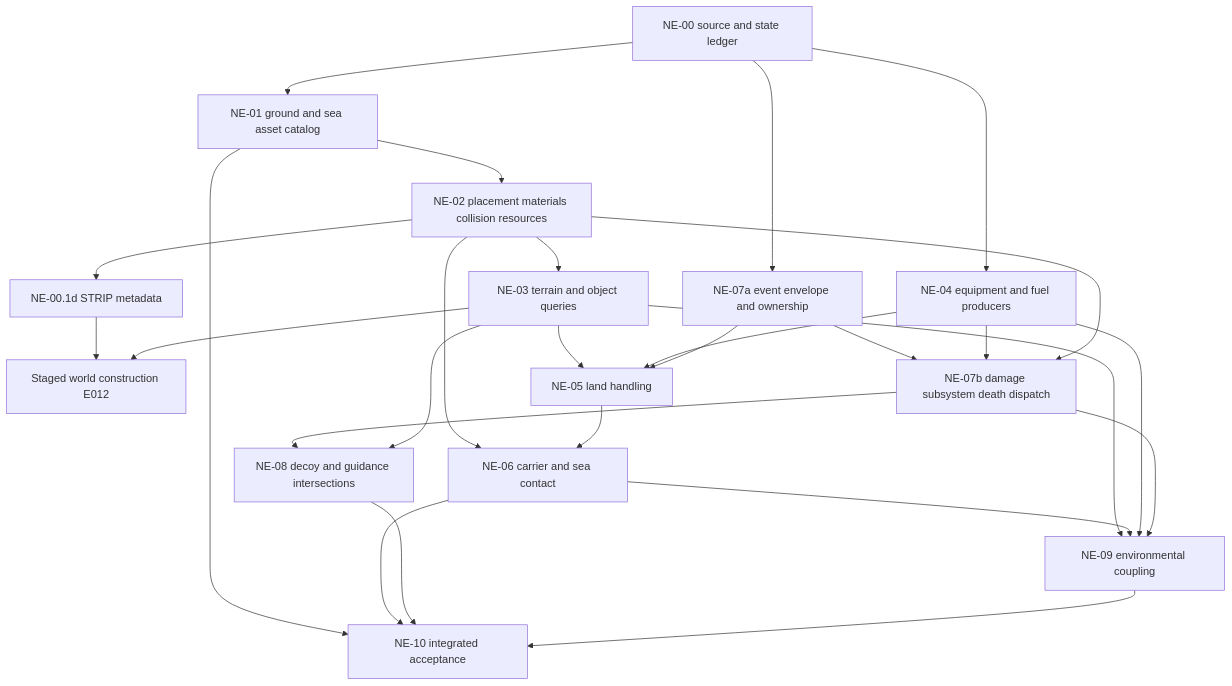
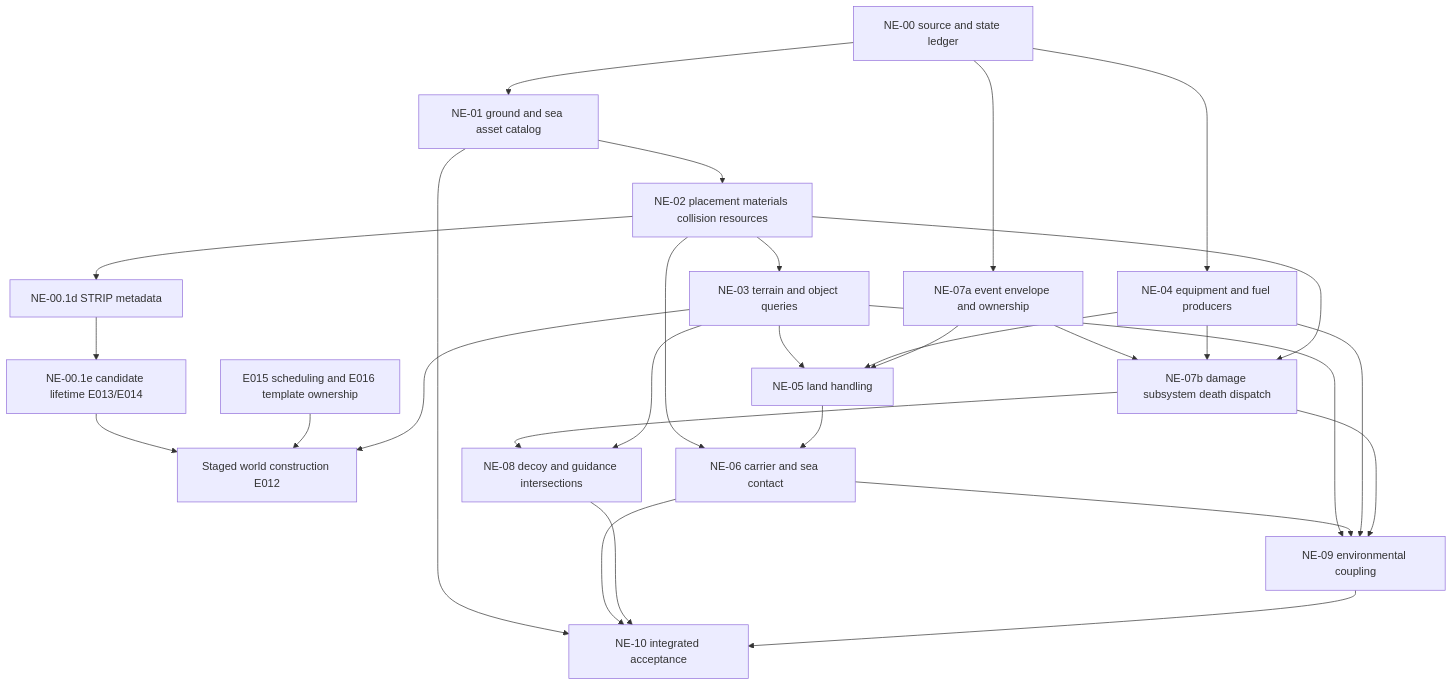
Before and after one commit to john-overton/T.O.R.E-Fighters: the diagram in docs/native-environment-systems-plan.md, drawn with Mermaid. The commit also changed other lines of this file and 7 other files, not shown here.

Commit message:
Recover STRIP creation cleanup and ordered candidate lifetime

````diff
--- a/docs/native-environment-systems-plan.md
+++ b/docs/native-environment-systems-plan.md
@@ -156,29 +161,31 @@
 ```mermaid
 flowchart TD
   A[NE-00 source and state ledger] --> B[NE-01 ground and sea asset catalog]
   B --> C[NE-02 placement materials collision resources]
   C --> S[NE-00.1d STRIP metadata]
-  S --> W[Staged world construction E012]
+  S --> R[NE-00.1e candidate lifetime E013/E014]
+  R --> W[Staged world construction E012]
+  T[E015 scheduling and E016 template ownership] --> W
   F --> W
   A --> D[NE-04 equipment and fuel producers]
   A --> E[NE-07a event envelope and ownership]
   C --> F[NE-03 terrain and object queries]
   F --> G[NE-05 land handling]
   D --> G
   E --> G
   C --> H[NE-06 carrier and sea contact]
   G --> H
   E --> I[NE-07b damage subsystem death dispatch]
   D --> I
   C --> I
   I --> J[NE-08 decoy and guidance intersections]
   F --> J
   F --> K[NE-09 environmental coupling]
   H --> K
   D --> K
   I --> K
   B --> L[NE-10 integrated acceptance]
   H --> L
   J --> L
   K --> L
 ```
````
